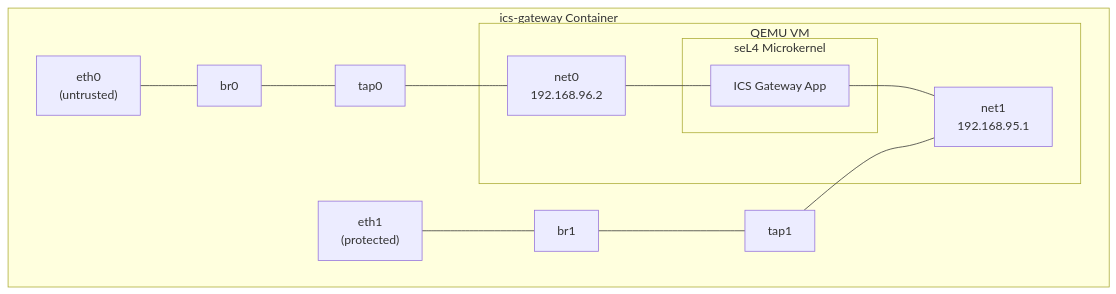
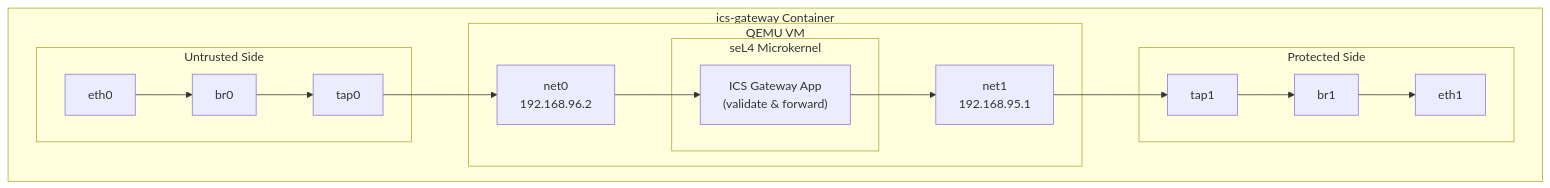
The fourth of 6 diagrams in docs/CONTAINERS.md (spanwich/sel4-ics-gateway-demo), drawn with Mermaid before and after one commit. The commit also changed other lines of this file, not shown here.

First line of the commit message:
Improve container diagrams layout and clarity

````diff
--- a/docs/CONTAINERS.md
+++ b/docs/CONTAINERS.md
@@ -87,29 +93,33 @@
 ```mermaid
 flowchart TB
     subgraph Docker["ics-gateway Container"]
-        ETH0["eth0\n(untrusted)"]
-        ETH1["eth1\n(protected)"]
-        BR0["br0"]
-        BR1["br1"]
-        TAP0["tap0"]
-        TAP1["tap1"]
+        subgraph Untrusted["Untrusted Side"]
+            ETH0["eth0"]
+            BR0["br0"]
+            TAP0["tap0"]
+        end
+
+        ETH0 --> BR0 --> TAP0
 
         subgraph QEMU["QEMU VM"]
             NET0["net0\n192.168.96.2"]
+            subgraph SEL4["seL4 Microkernel"]
+                APP["ICS Gateway App\n(validate & forward)"]
+            end
             NET1["net1\n192.168.95.1"]
-            subgraph SEL4["seL4 Microkernel"]
-                APP["ICS Gateway App"]
-            end
-            NET0 --- APP
-            APP --- NET1
         end
 
-        ETH0 --- BR0
-        BR0 --- TAP0
-        TAP0 --- NET0
+        TAP0 --> NET0
+        NET0 --> APP
+        APP --> NET1
 
-        ETH1 --- BR1
-        BR1 --- TAP1
-        TAP1 --- NET1
+        subgraph Protected["Protected Side"]
+            TAP1["tap1"]
+            BR1["br1"]
+            ETH1["eth1"]
+        end
+
+        NET1 --> TAP1
+        TAP1 --> BR1 --> ETH1
     end
 ```
````
